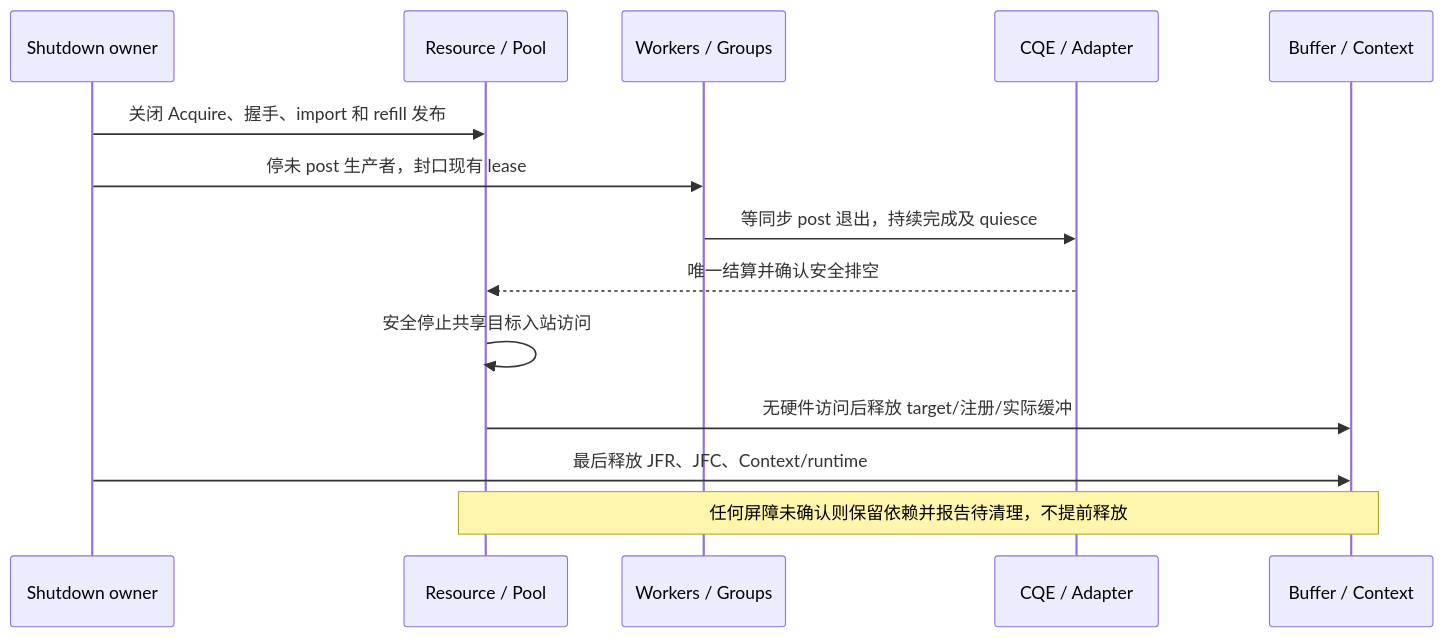
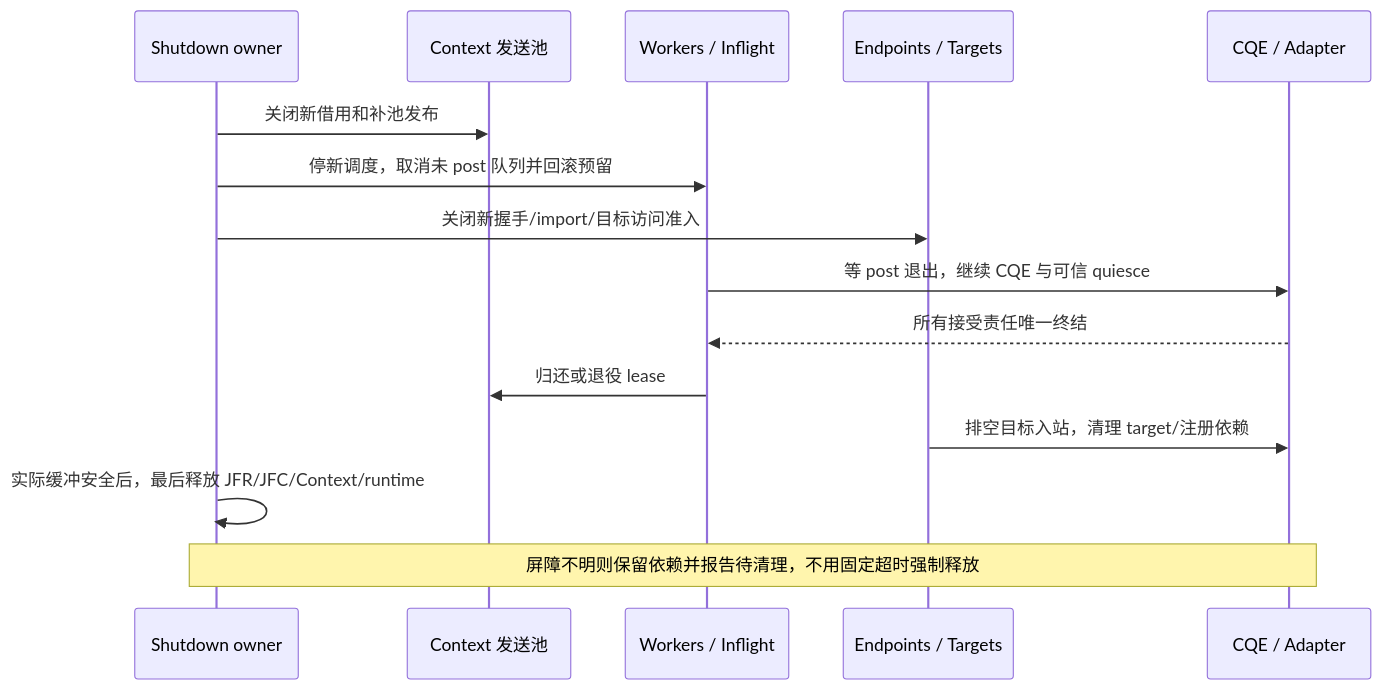
Before and after one commit to HangCong126/Supercache: the eighth of 8 diagrams in docs/analyze/tent-ub-rm-jetty-pool-design.md, drawn with Mermaid. The commit also changed other lines of this file, not shown here.

````diff
--- a/docs/analyze/tent-ub-rm-jetty-pool-design.md
+++ b/docs/analyze/tent-ub-rm-jetty-pool-design.md
@@ -286,16 +285,17 @@
 ```mermaid
 sequenceDiagram
     participant S as Shutdown owner
-    participant P as Resource / Pool
-    participant W as Workers / Groups
+    participant P as Context 发送池
+    participant W as Workers / Inflight
+    participant E as Endpoints / Targets
     participant C as CQE / Adapter
-    participant B as Buffer / Context
-    S->>P: 关闭 Acquire、握手、import 和 refill 发布
-    S->>W: 停未 post 生产者，封口现有 lease
-    W->>C: 等同步 post 退出，持续完成及 quiesce
-    C-->>P: 唯一结算并确认安全排空
-    P->>P: 安全停止共享目标入站访问
-    P->>B: 无硬件访问后释放 target/注册/实际缓冲
-    S->>B: 最后释放 JFR、JFC、Context/runtime
-    Note over P,B: 任何屏障未确认则保留依赖并报告待清理，不提前释放
+    S->>P: 关闭新借用和补池发布
+    S->>W: 停新调度，取消未 post 队列并回滚预留
+    S->>E: 关闭新握手/import/目标访问准入
+    W->>C: 等 post 退出，继续 CQE 与可信 quiesce
+    C-->>W: 所有接受责任唯一终结
+    W->>P: 归还或退役 lease
+    E->>C: 排空目标入站，清理 target/注册依赖
+    S->>S: 实际缓冲安全后，最后释放 JFR/JFC/Context/runtime
+    Note over S,C: 屏障不明则保留依赖并报告待清理，不用固定超时强制释放
 ```
````
